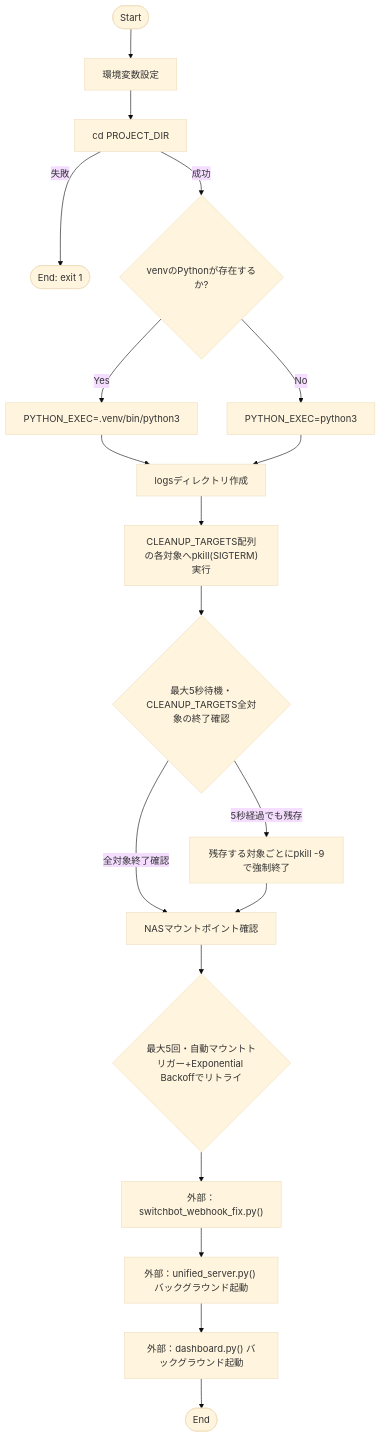
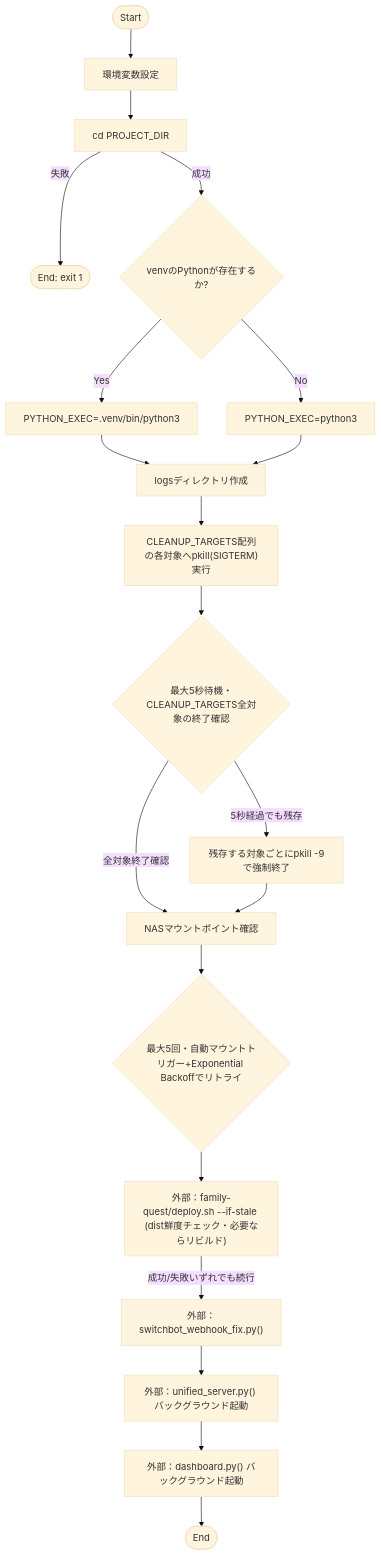
The first of 2 diagrams in docs/specifications/MY_HOME_SYSTEM/start_all.md (mmtigers/my_python_project), drawn with Mermaid (base theme) before and after one commit. The commit also changed other lines of this file and 3 other files, not shown here.

````diff
--- a/docs/specifications/MY_HOME_SYSTEM/start_all.md
+++ b/docs/specifications/MY_HOME_SYSTEM/start_all.md
@@ -141,22 +165,23 @@
 ```mermaid
 flowchart TD
     Start([Start]) --> Env[環境変数設定]
     Env --> CD[cd PROJECT_DIR]
     CD -- 失敗 --> Exit1([End: exit 1])
     CD -- 成功 --> PyCheck{venvのPythonが存在するか?}
     PyCheck -- Yes --> SetVenv["PYTHON_EXEC=.venv/bin/python3"]
     PyCheck -- No --> SetSysPy["PYTHON_EXEC=python3"]
     SetVenv --> MkdirLogs[logsディレクトリ作成]
     SetSysPy --> MkdirLogs
     MkdirLogs --> PkillSoft["CLEANUP_TARGETS配列の各対象へpkill(SIGTERM)実行"]
     PkillSoft --> WaitLoop{最大5秒待機・CLEANUP_TARGETS全対象の終了確認}
     WaitLoop -- "全対象終了確認" --> CheckNAS
     WaitLoop -- "5秒経過でも残存" --> PkillHard["残存する対象ごとにpkill -9で強制終了"]
     PkillHard --> CheckNAS[NASマウントポイント確認]
     CheckNAS --> MountLoop{最大5回・自動マウントトリガー+Exponential Backoffでリトライ}
-    MountLoop --> WebhookFix["外部：switchbot_webhook_fix.py()"]
+    MountLoop --> QuestDeploy["外部：family-quest/deploy.sh --if-stale (dist鮮度チェック・必要ならリビルド)"]
+    QuestDeploy -- "成功/失敗いずれでも続行" --> WebhookFix["外部：switchbot_webhook_fix.py()"]
     WebhookFix --> ServerBoot["外部：unified_server.py() バックグラウンド起動"]
     ServerBoot --> DashboardBoot["外部：dashboard.py() バックグラウンド起動"]
     DashboardBoot --> End([End])
 
 ```
````
